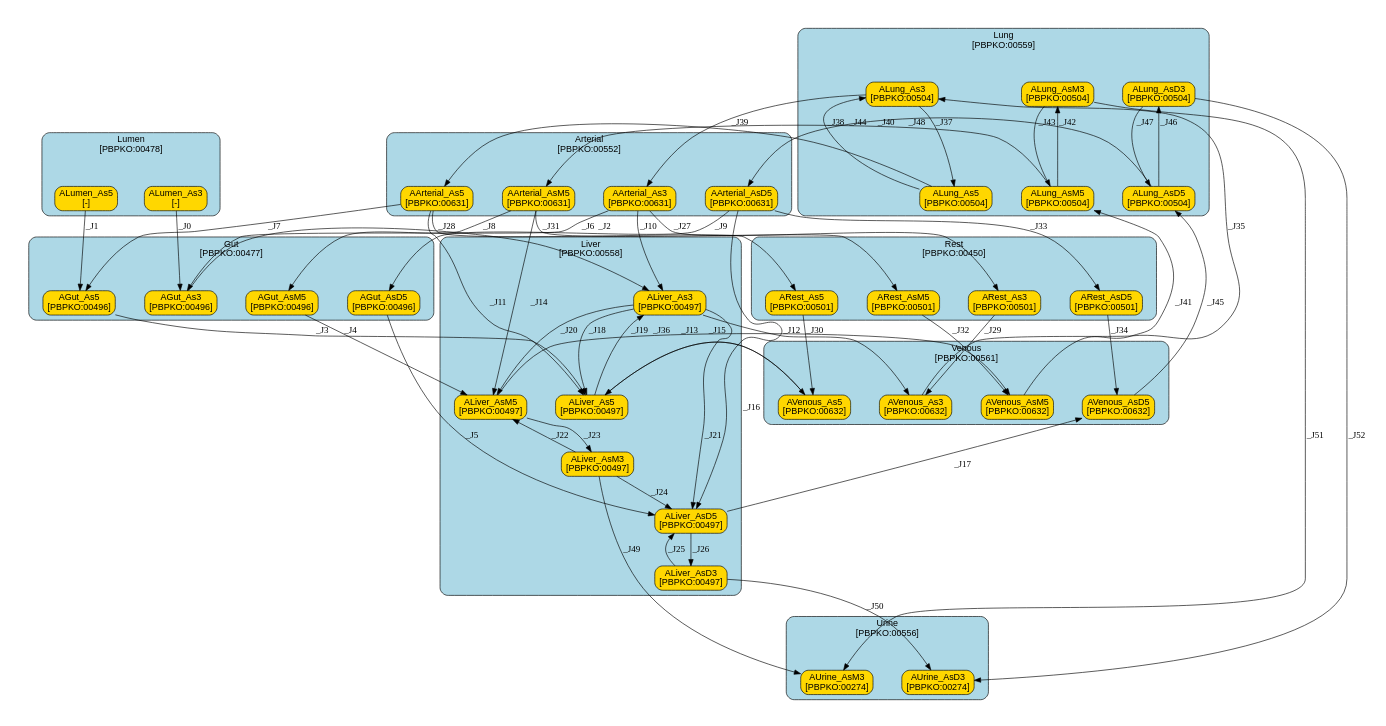
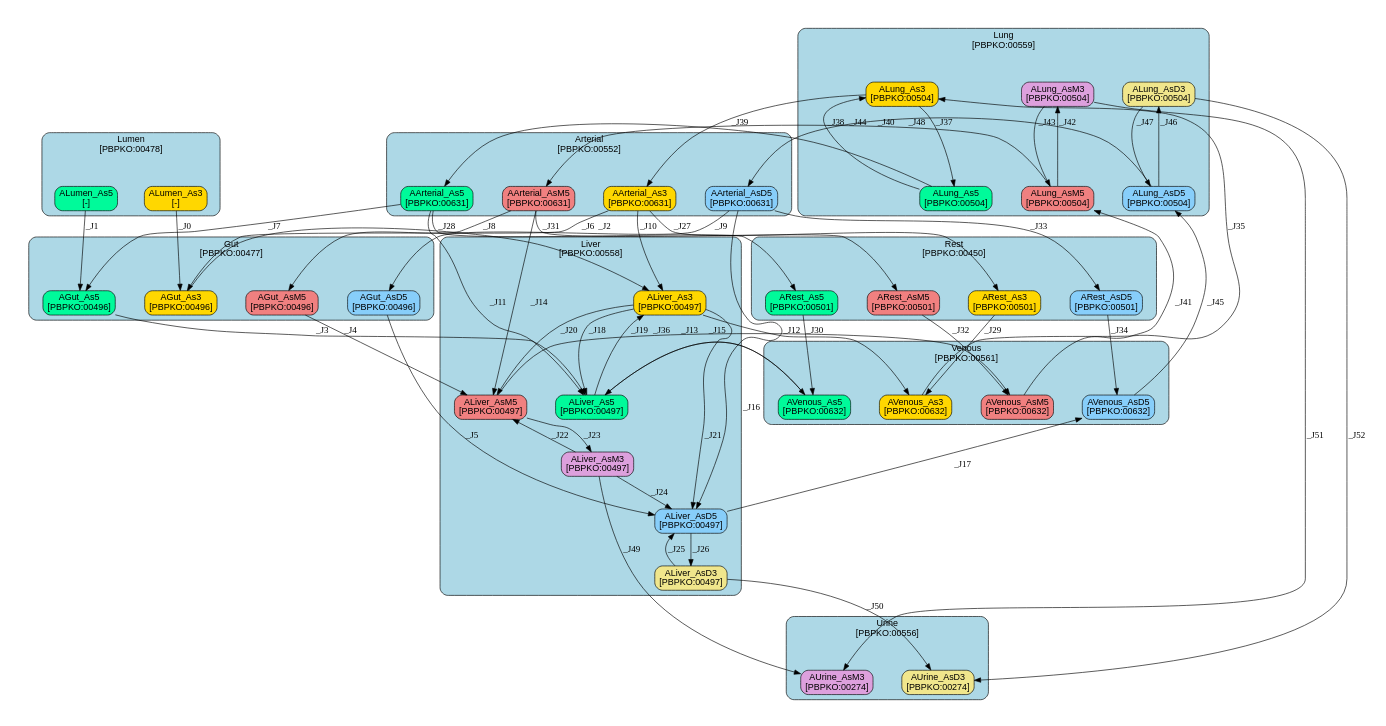
One commit to fair-pbk/exposure-route-pbk-models changed the diagram in models/oral/Heavy Metals/ElMasri2008/summary.dot. Above: the diagram before and after it, drawn with Graphviz. The commit also changed 151 other files, not shown here.

```diff
--- a/models/oral/Heavy Metals/ElMasri2008/summary.dot
+++ b/models/oral/Heavy Metals/ElMasri2008/summary.dot
@@ -21,7 +21,7 @@
 			shape=box,
 			style="filled,rounded"];
 		ALumen_As5	[color=black,
-			fillcolor=gold,
+			fillcolor=mediumspringgreen,
 			href="#species-ALumen_As5",
 			label="ALumen_As5
 [-]",
@@ -46,21 +46,21 @@
 			shape=box,
 			style="filled,rounded"];
 		AGut_As5	[color=black,
-			fillcolor=gold,
+			fillcolor=mediumspringgreen,
 			href="#species-AGut_As5",
 			label="AGut_As5
 [PBPKO:00496]",
 			shape=box,
 			style="filled,rounded"];
 		AGut_AsM5	[color=black,
-			fillcolor=gold,
+			fillcolor=lightcoral,
 			href="#species-AGut_AsM5",
 			label="AGut_AsM5
 [PBPKO:00496]",
 			shape=box,
 			style="filled,rounded"];
 		AGut_AsD5	[color=black,
-			fillcolor=gold,
+			fillcolor=lightskyblue,
 			href="#species-AGut_AsD5",
 			label="AGut_AsD5
 [PBPKO:00496]",
@@ -85,35 +85,35 @@
 			shape=box,
 			style="filled,rounded"];
 		ALiver_As5	[color=black,
-			fillcolor=gold,
+			fillcolor=mediumspringgreen,
 			href="#species-ALiver_As5",
 			label="ALiver_As5
 [PBPKO:00497]",
 			shape=box,
 			style="filled,rounded"];
 		ALiver_AsM3	[color=black,
-			fillcolor=gold,
+			fillcolor=plum,
 			href="#species-ALiver_AsM3",
 			label="ALiver_AsM3
 [PBPKO:00497]",
 			shape=box,
 			style="filled,rounded"];
 		ALiver_AsM5	[color=black,
-			fillcolor=gold,
+			fillcolor=lightcoral,
 			href="#species-ALiver_AsM5",
 			label="ALiver_AsM5
 [PBPKO:00497]",
 			shape=box,
 			style="filled,rounded"];
 		ALiver_AsD3	[color=black,
-			fillcolor=gold,
+			fillcolor=khaki,
 			href="#species-ALiver_AsD3",
 			label="ALiver_AsD3
 [PBPKO:00497]",
 			shape=box,
 			style="filled,rounded"];
 		ALiver_AsD5	[color=black,
-			fillcolor=gold,
+			fillcolor=lightskyblue,
 			href="#species-ALiver_AsD5",
 			label="ALiver_AsD5
 [PBPKO:00497]",
@@ -138,35 +138,35 @@
 			shape=box,
 			style="filled,rounded"];
 		ALung_As5	[color=black,
-			fillcolor=gold,
+			fillcolor=mediumspringgreen,
 			href="#species-ALung_As5",
 			label="ALung_As5
 [PBPKO:00504]",
 			shape=box,
 			style="filled,rounded"];
 		ALung_AsM3	[color=black,
-			fillcolor=gold,
+			fillcolor=plum,
 			href="#species-ALung_AsM3",
 			label="ALung_AsM3
 [PBPKO:00504]",
 			shape=box,
 			style="filled,rounded"];
 		ALung_AsM5	[color=black,
-			fillcolor=gold,
+			fillcolor=lightcoral,
 			href="#species-ALung_AsM5",
 			label="ALung_AsM5
 [PBPKO:00504]",
 			shape=box,
 			style="filled,rounded"];
 		ALung_AsD3	[color=black,
-			fillcolor=gold,
+			fillcolor=khaki,
 			href="#species-ALung_AsD3",
 			label="ALung_AsD3
 [PBPKO:00504]",
 			shape=box,
 			style="filled,rounded"];
 		ALung_AsD5	[color=black,
-			fillcolor=gold,
+			fillcolor=lightskyblue,
 			href="#species-ALung_AsD5",
 			label="ALung_AsD5
 [PBPKO:00504]",
@@ -184,7 +184,7 @@
 			style="filled,rounded"
 		];
 		AArterial_AsD5	[color=black,
-			fillcolor=gold,
+			fillcolor=lightskyblue,
 			href="#species-AArterial_AsD5",
 			label="AArterial_AsD5
 [PBPKO:00631]",
@@ -198,14 +198,14 @@
 			shape=box,
 			style="filled,rounded"];
 		AArterial_As5	[color=black,
-			fillcolor=gold,
+			fillcolor=mediumspringgreen,
 			href="#species-AArterial_As5",
 			label="AArterial_As5
 [PBPKO:00631]",
 			shape=box,
 			style="filled,rounded"];
 		AArterial_AsM5	[color=black,
-			fillcolor=gold,
+			fillcolor=lightcoral,
 			href="#species-AArterial_AsM5",
 			label="AArterial_AsM5
 [PBPKO:00631]",
@@ -230,21 +230,21 @@
 			shape=box,
 			style="filled,rounded"];
 		AVenous_As5	[color=black,
-			fillcolor=gold,
+			fillcolor=mediumspringgreen,
 			href="#species-AVenous_As5",
 			label="AVenous_As5
 [PBPKO:00632]",
 			shape=box,
 			style="filled,rounded"];
 		AVenous_AsM5	[color=black,
-			fillcolor=gold,
+			fillcolor=lightcoral,
 			href="#species-AVenous_AsM5",
 			label="AVenous_AsM5
 [PBPKO:00632]",
 			shape=box,
 			style="filled,rounded"];
 		AVenous_AsD5	[color=black,
-			fillcolor=gold,
+			fillcolor=lightskyblue,
 			href="#species-AVenous_AsD5",
 			label="AVenous_AsD5
 [PBPKO:00632]",
@@ -269,21 +269,21 @@
 			shape=box,
 			style="filled,rounded"];
 		ARest_As5	[color=black,
-			fillcolor=gold,
+			fillcolor=mediumspringgreen,
 			href="#species-ARest_As5",
 			label="ARest_As5
 [PBPKO:00501]",
 			shape=box,
 			style="filled,rounded"];
 		ARest_AsM5	[color=black,
-			fillcolor=gold,
+			fillcolor=lightcoral,
 			href="#species-ARest_AsM5",
 			label="ARest_AsM5
 [PBPKO:00501]",
 			shape=box,
 			style="filled,rounded"];
 		ARest_AsD5	[color=black,
-			fillcolor=gold,
+			fillcolor=lightskyblue,
 			href="#species-ARest_AsD5",
 			label="ARest_AsD5
 [PBPKO:00501]",
@@ -301,14 +301,14 @@
 			style="filled,rounded"
 		];
 		AUrine_AsM3	[color=black,
-			fillcolor=gold,
+			fillcolor=plum,
 			href="#species-AUrine_AsM3",
 			label="AUrine_AsM3
 [PBPKO:00274]",
 			shape=box,
 			style="filled,rounded"];
 		AUrine_AsD3	[color=black,
-			fillcolor=gold,
+			fillcolor=khaki,
 			href="#species-AUrine_AsD3",
 			label="AUrine_AsD3
 [PBPKO:00274]",
```
